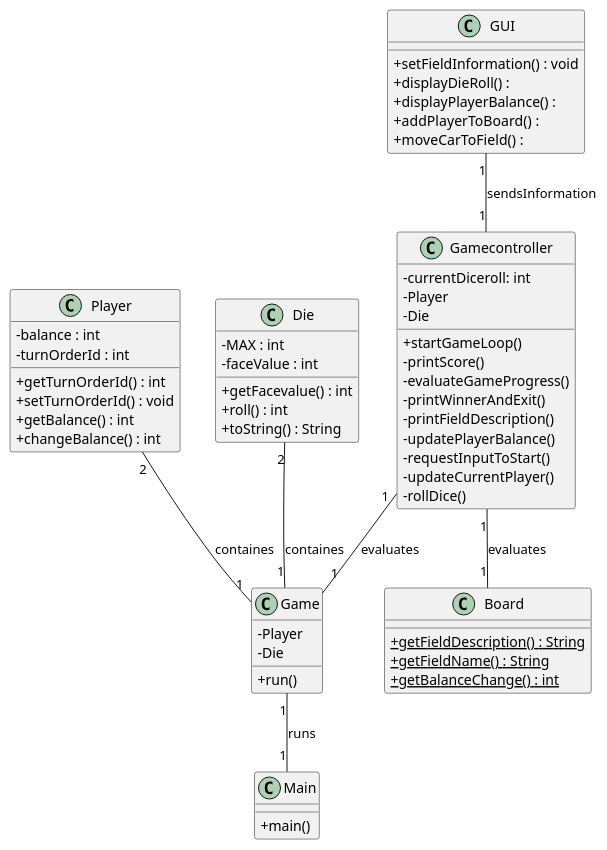
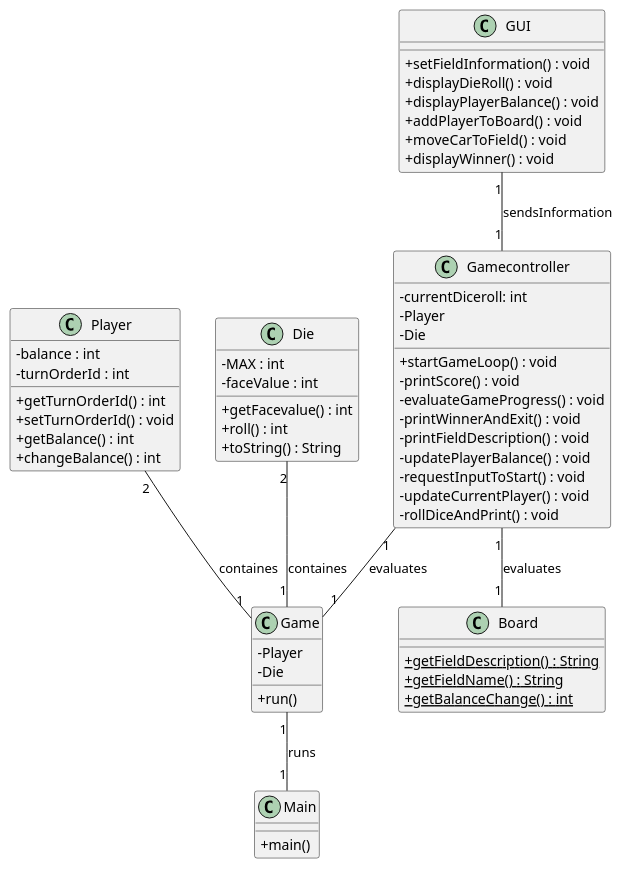
Before and after one commit to fmerlung/G05_del2: the diagram in models/Design.puml, drawn with PlantUML.

Commit message:
updated GUI and Gamecontroller in diagram

```diff
--- a/models/Design.puml
+++ b/models/Design.puml
@@ -1,66 +1,67 @@
 @startuml
 'https://plantuml.com/class-diagram
 skinparam classAttributeIconSize 0
 
 class Player{
 - balance : int
 - turnOrderId : int
 + getTurnOrderId() : int
 + setTurnOrderId() : void
 + getBalance() : int
 + changeBalance() : int
 }
 class Gamecontroller{
 - currentDiceroll: int
 - Player
 - Die
-+ startGameLoop()
-- printScore()
-- evaluateGameProgress()
--printWinnerAndExit()
--printFieldDescription()
--updatePlayerBalance()
--requestInputToStart()
--updateCurrentPlayer()
--rollDice()
++ startGameLoop() : void
+- printScore() : void
+- evaluateGameProgress() : void
+-printWinnerAndExit() : void
+-printFieldDescription() : void
+-updatePlayerBalance() : void
+-requestInputToStart() : void
+-updateCurrentPlayer() : void
+-rollDiceAndPrint() : void
 }
 class Game{
 - Player
 - Die
 + run()
 }
 class Die{
 - MAX : int
 - faceValue : int
 +getFacevalue() : int
 +roll() : int
 +toString() : String
 }
 class Board{
 {static}+ getFieldDescription() : String
 {static}+ getFieldName() : String
 {static}+ getBalanceChange() : int
 }
 class Main{
 + main()
 }
 class GUI{
 +setFieldInformation() : void
-+displayDieRoll() :
-+displayPlayerBalance() :
-+addPlayerToBoard() :
-+moveCarToField() :
++displayDieRoll() : void
++displayPlayerBalance() : void
++addPlayerToBoard() : void
++moveCarToField() : void
++displayWinner() : void
 
 }
 
 Die "2"--"1" Game : containes
 Gamecontroller "1"--"1" Game : evaluates
 Gamecontroller "1"--"1" Board : evaluates
 Game "1"--"1" Main : runs
 Player "2"--"1" Game : containes
 GUI"1" -- "1"Gamecontroller : sendsInformation
 
 
 
 
 @enduml
```
